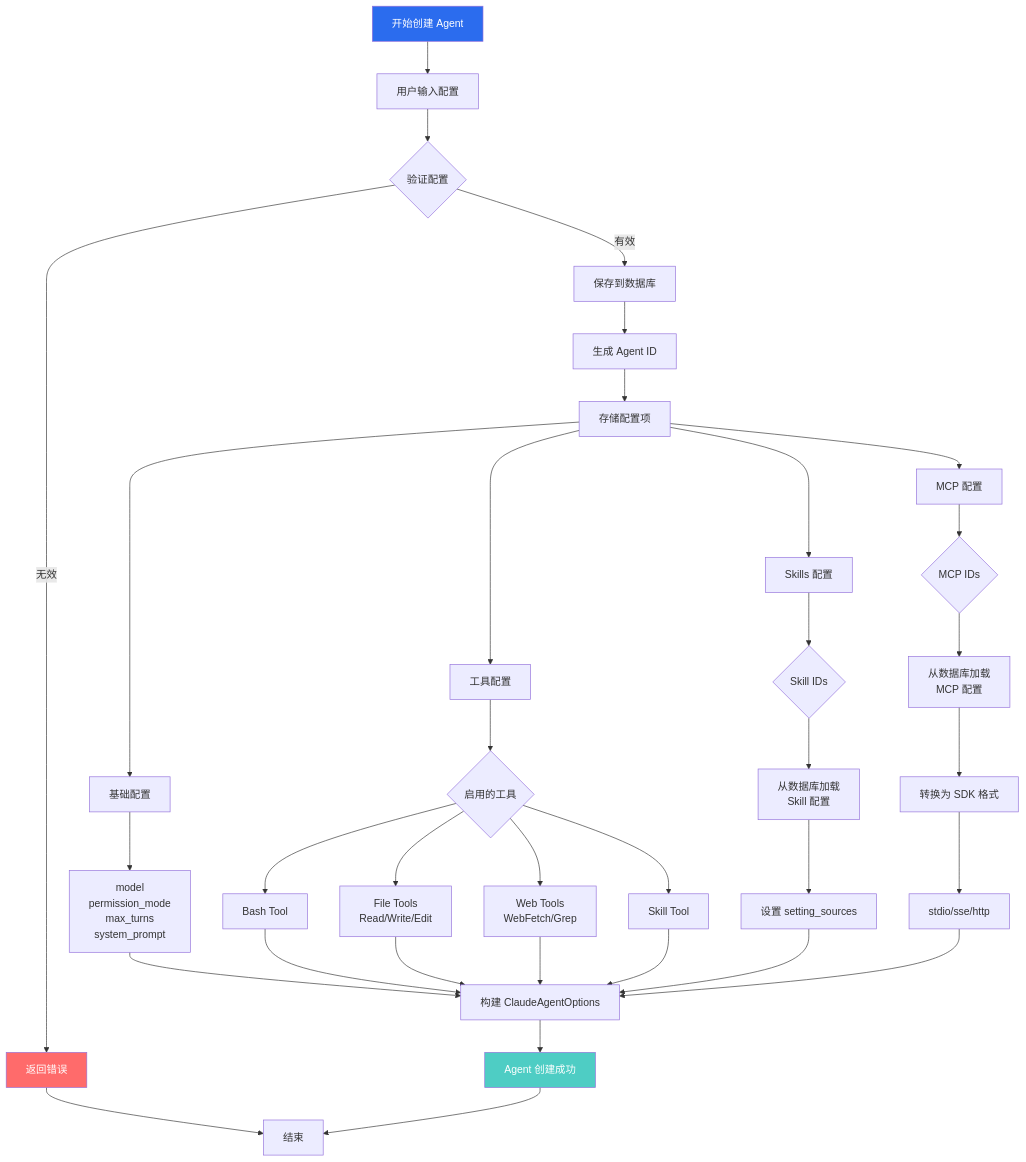
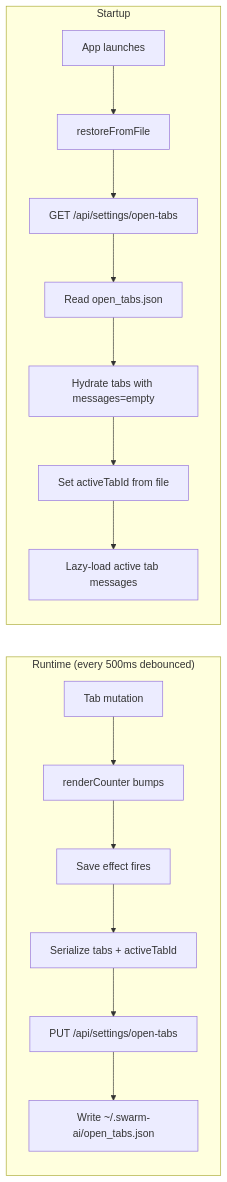
One commit to xg-gh-25/SwarmAI changed the fourth of 8 diagrams in .kiro/specs/FLOWCHARTS.md. Above: the diagram before and after it, drawn with Mermaid. The commit also changed other lines of this file, not shown here.

First line of the commit message:
docs: Rewrite FLOWCHARTS.md with current system mermaid diagrams

````diff
--- a/.kiro/specs/FLOWCHARTS.md
+++ b/.kiro/specs/FLOWCHARTS.md
@@ -103,48 +120,19 @@
 ```mermaid
-flowchart TD
-    A[开始创建 Agent] --> B[用户输入配置]
-    B --> C{验证配置}
-    C -->|无效| D[返回错误]
-    C -->|有效| E[保存到数据库]
+flowchart LR
+    subgraph "Runtime (every 500ms debounced)"
+        A[Tab mutation] --> B[renderCounter bumps]
+        B --> C[Save effect fires]
+        C --> D[Serialize tabs + activeTabId]
+        D --> E[PUT /api/settings/open-tabs]
+        E --> F[Write ~/.swarm-ai/open_tabs.json]
+    end
 
-    E --> F[生成 Agent ID]
-    F --> G[存储配置项]
-
-    G --> H[基础配置]
-    G --> I[工具配置]
-    G --> J[Skills 配置]
-    G --> K[MCP 配置]
-
-    H --> L[model<br/>permission_mode<br/>max_turns<br/>system_prompt]
-
-    I --> M{启用的工具}
-    M --> N[Bash Tool]
-    M --> O[File Tools<br/>Read/Write/Edit]
-    M --> P[Web Tools<br/>WebFetch/Grep]
-    M --> Q[Skill Tool]
-
-    J --> R{Skill IDs}
-    R --> S[从数据库加载<br/>Skill 配置]
-    S --> T[设置 setting_sources]
-
-    K --> U{MCP IDs}
-    U --> V[从数据库加载<br/>MCP 配置]
-    V --> W[转换为 SDK 格式]
-    W --> X[stdio/sse/http]
-
-    L --> Y[构建 ClaudeAgentOptions]
-    N --> Y
-    O --> Y
-    P --> Y
-    Q --> Y
-    T --> Y
-    X --> Y
-
-    Y --> Z[Agent 创建成功]
-    D --> AA[结束]
-    Z --> AA
-
-    style A fill:#2b6cee,color:#fff
-    style Z fill:#4ecdc4,color:#fff
-    style D fill:#ff6b6b,color:#fff
+    subgraph "Startup"
+        G[App launches] --> H[restoreFromFile]
+        H --> I[GET /api/settings/open-tabs]
+        I --> J[Read open_tabs.json]
+        J --> K[Hydrate tabs with messages=empty]
+        K --> L[Set activeTabId from file]
+        L --> M[Lazy-load active tab messages]
+    end
 ```
````
